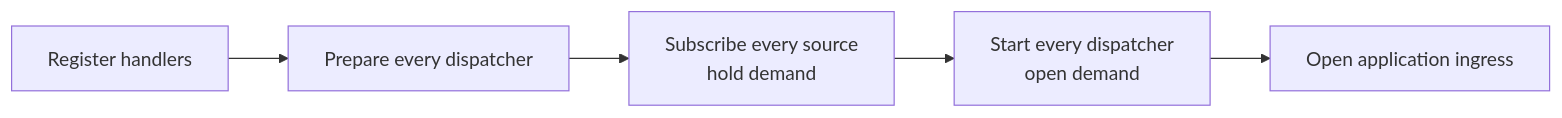
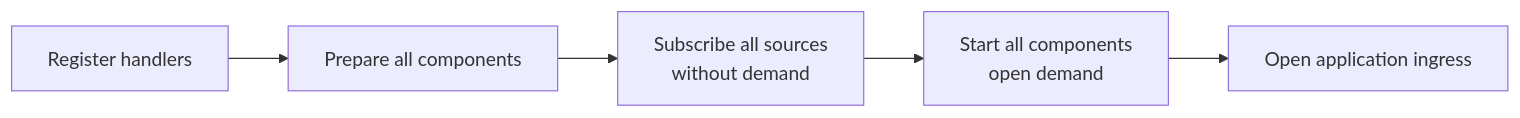
The third of 4 diagrams in document/design/2026-07-28-runtime-orchestration.md (Ahoo-Wang/Wow), drawn with Mermaid before and after one commit. The commit also changed other lines of this file and 69 other files, not shown here.

````diff
--- a/document/design/2026-07-28-runtime-orchestration.md
+++ b/document/design/2026-07-28-runtime-orchestration.md
@@ -31,7 +82,7 @@
 ```mermaid
 flowchart LR
-  R["Register handlers"] --> P["Prepare every dispatcher"]
-  P --> S["Subscribe every source<br/>hold demand"]
-  S --> O["Start every dispatcher<br/>open demand"]
+  A["Register handlers"] --> P["Prepare all components"]
+  P --> S["Subscribe all sources<br/>without demand"]
+  S --> O["Start all components<br/>open demand"]
   O --> I["Open application ingress"]
 ```
````
